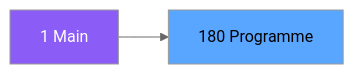
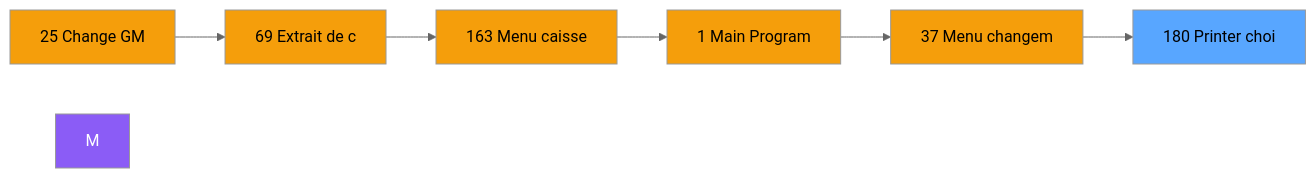
Before and after one commit to thonyAGP/magic-migration: the second of 3 diagrams in .openspec/specs/ADH-IDE-180.md, drawn with Mermaid (neutral theme). The commit also changed other lines of this file and 323 other files, not shown here.

````diff
--- a/.openspec/specs/ADH-IDE-180.md
+++ b/.openspec/specs/ADH-IDE-180.md
@@ -102,8 +112,21 @@
 ```mermaid
 graph LR
-    M[1 Main]
-    T[180 Programme]
-    M --> T
+    N25[25 Change GM]
+    N69[69 Extrait de c]
+    N163[163 Menu caisse ]
+    N1[1 Main Program]
+    N37[37 Menu changem]
+    T[180 Printer choi]
+    N25 --> N69
+    N69 --> N163
+    N163 --> N1
+    N1 --> N37
+    N37 --> T
     style M fill:#8b5cf6,color:#fff
+    style N25 fill:#f59e0b
+    style N69 fill:#f59e0b
+    style N163 fill:#f59e0b
+    style N1 fill:#f59e0b
+    style N37 fill:#f59e0b
     style T fill:#58a6ff,color:#000
 ```
````
